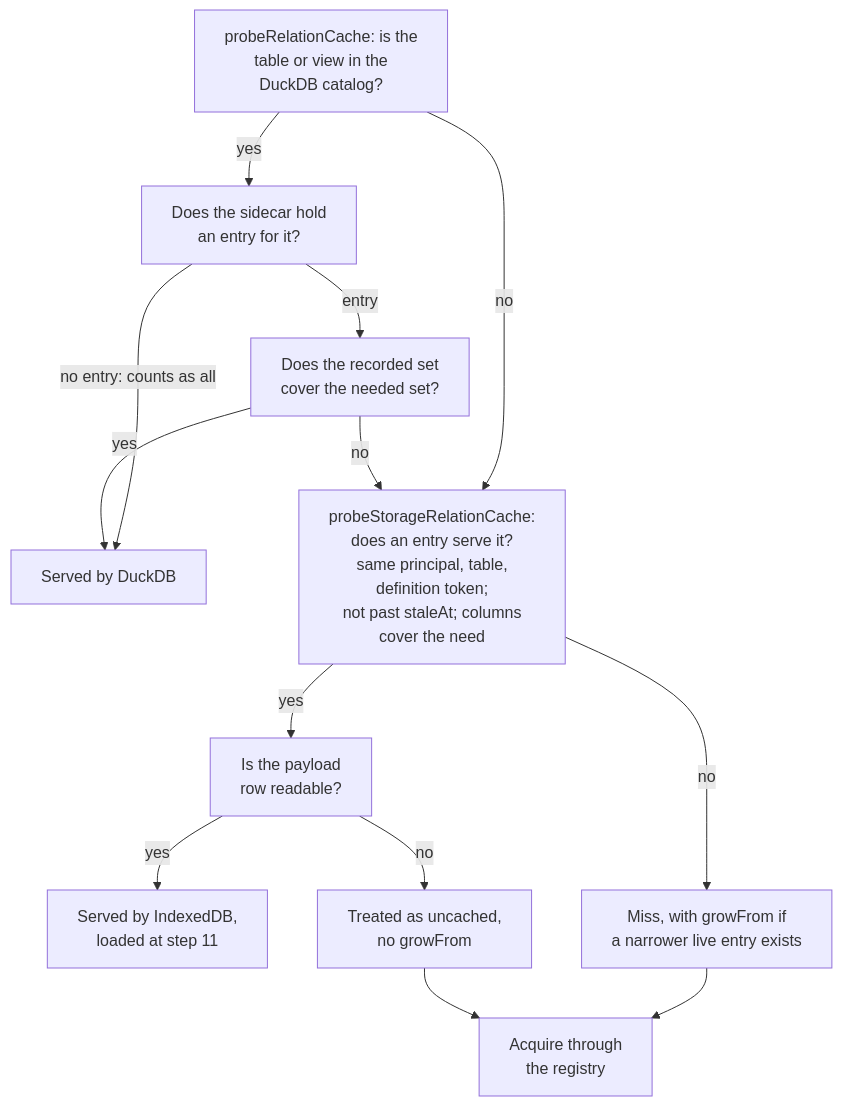
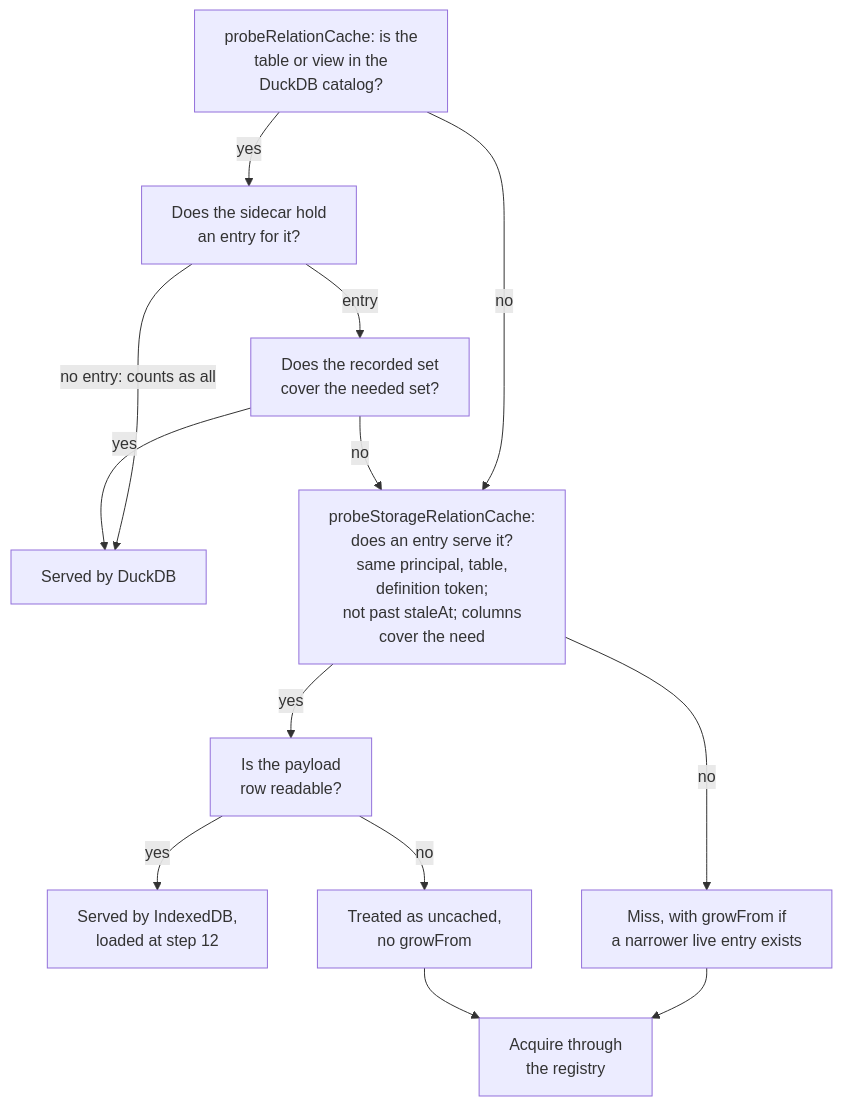
The second of 5 diagrams in docs/qetl-architecture.md (AvandarLabs/avandar), drawn with Mermaid before and after one commit. The commit also changed other lines of this file, not shown here.

````diff
--- a/docs/qetl-architecture.md
+++ b/docs/qetl-architecture.md
@@ -226,25 +235,25 @@
 ```mermaid
 flowchart TD
   A["probeRelationCache: is the<br/>table or view in the<br/>DuckDB catalog?"]
   B["Does the sidecar hold<br/>an entry for it?"]
   C["Does the recorded set<br/>cover the needed set?"]
   HIT1["Served by DuckDB"]
   D["probeStorageRelationCache:<br/>does an entry serve it?<br/>same principal, table,<br/>definition token;<br/>not past staleAt; columns<br/>cover the need"]
   E["Is the payload<br/>row readable?"]
-  HIT2["Served by IndexedDB,<br/>loaded at step 11"]
+  HIT2["Served by IndexedDB,<br/>loaded at step 12"]
   F["Miss, with growFrom if<br/>a narrower live entry exists"]
   G["Treated as uncached,<br/>no growFrom"]
   H["Acquire through<br/>the registry"]
   A -->|"no"| D
   A -->|"yes"| B
   B -->|"no entry: counts as all"| HIT1
   B -->|"entry"| C
   C -->|"yes"| HIT1
   C -->|"no"| D
   D -->|"yes"| E
   D -->|"no"| F
   E -->|"yes"| HIT2
   E -->|"no"| G
   F --> H
   G --> H
 ```
````
